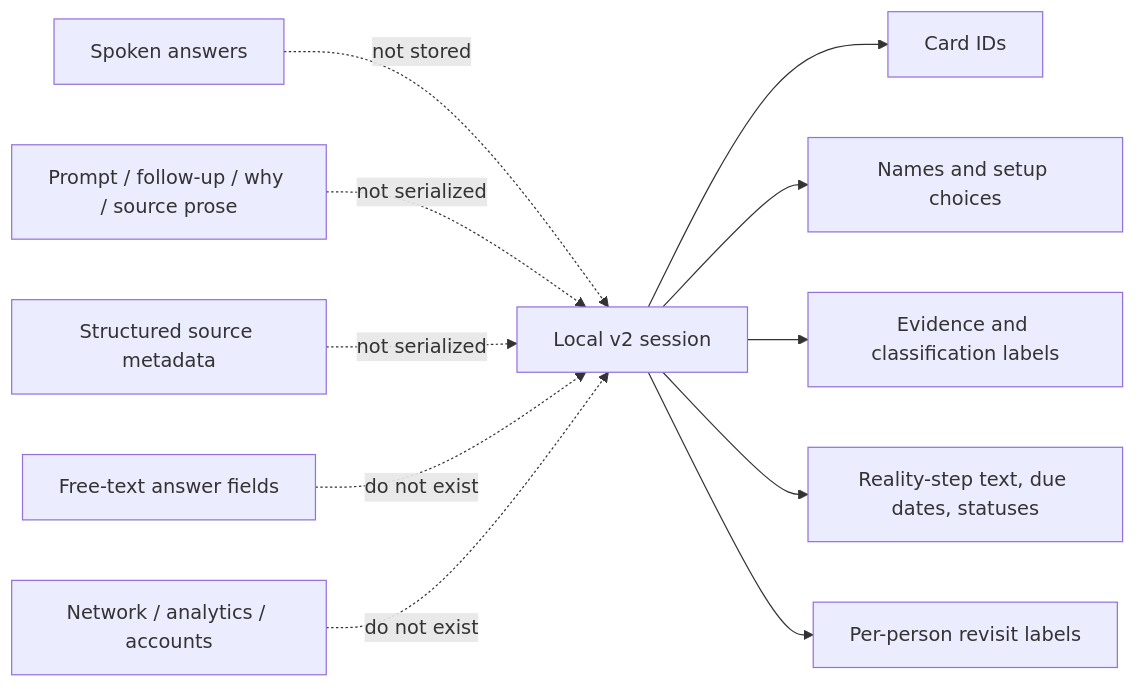
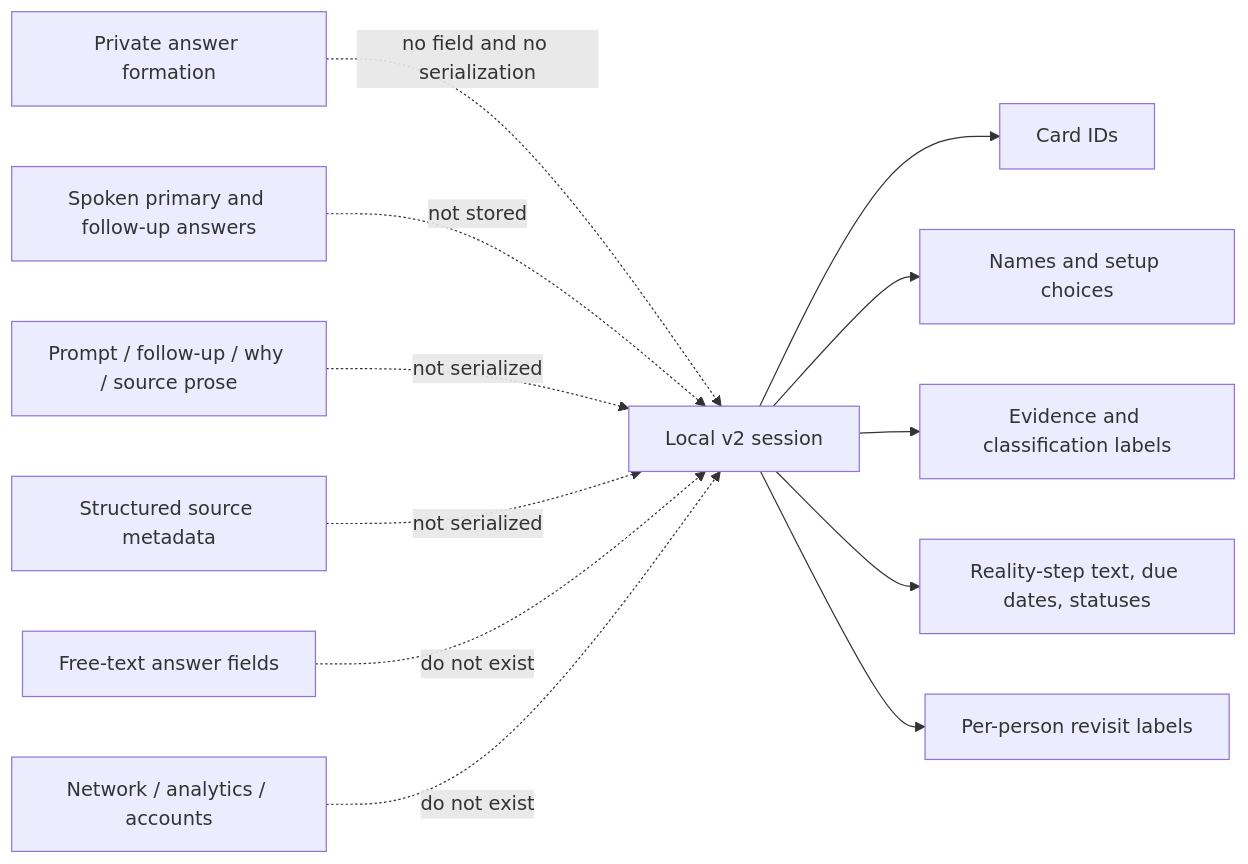
Before and after one commit to u-dont-existDOTcom/joel-articles: the fourth of 7 diagrams in product-architectures/love-honestly-card-game/ARCHITECTURE.md, drawn with Mermaid. The commit also changed other lines of this file, not shown here.

Commit message:
architecture: record v0.3.2 scheduled review behavior

````diff
--- a/product-architectures/love-honestly-card-game/ARCHITECTURE.md
+++ b/product-architectures/love-honestly-card-game/ARCHITECTURE.md
@@ -77,14 +84,15 @@
 ```mermaid
 flowchart LR
     STORE["Local v2 session"] --> IDS["Card IDs"]
     STORE --> SETUP["Names and setup choices"]
     STORE --> META["Evidence and classification labels"]
     STORE --> PLANS["Reality-step text, due dates, statuses"]
     STORE --> REVISITS["Per-person revisit labels"]
 
-    SPOKEN["Spoken answers"] -. "not stored" .-> STORE
+    PRIVATEANSWER["Private answer formation"] -. "no field and no serialization" .-> STORE
+    SPOKEN["Spoken primary and follow-up answers"] -. "not stored" .-> STORE
     PROMPTS["Prompt / follow-up / why / source prose"] -. "not serialized" .-> STORE
     SOURCE["Structured source metadata"] -. "not serialized" .-> STORE
     FREE["Free-text answer fields"] -. "do not exist" .-> STORE
     CLOUD["Network / analytics / accounts"] -. "do not exist" .-> STORE
 ```
````
